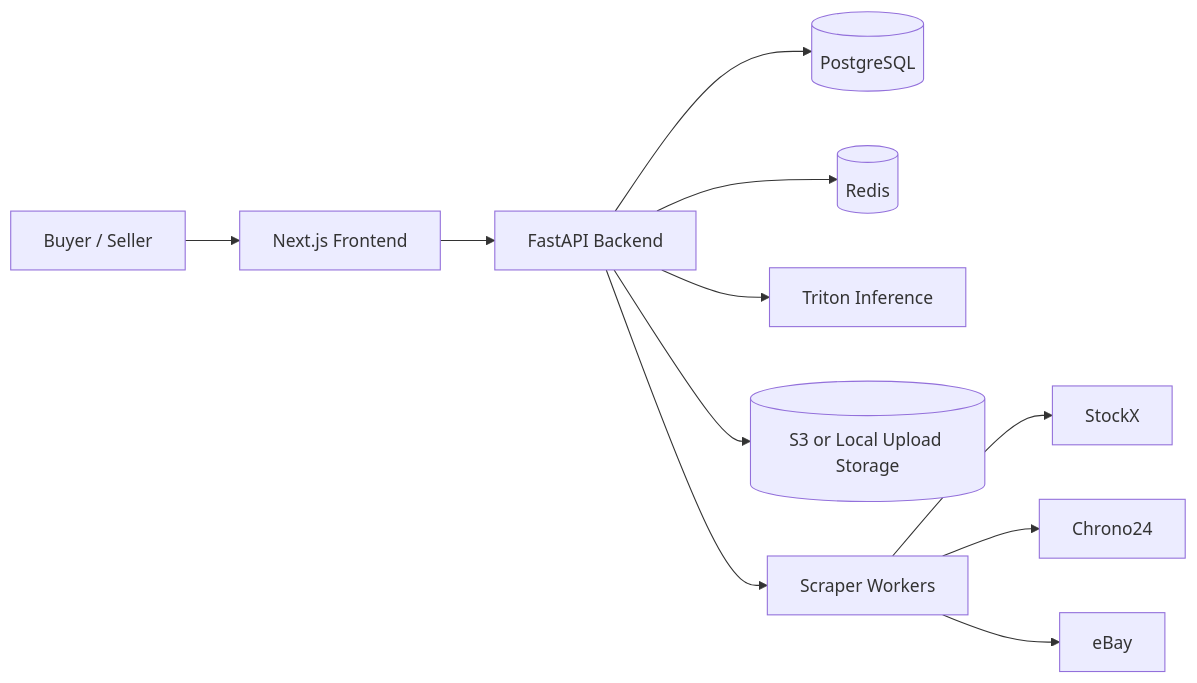
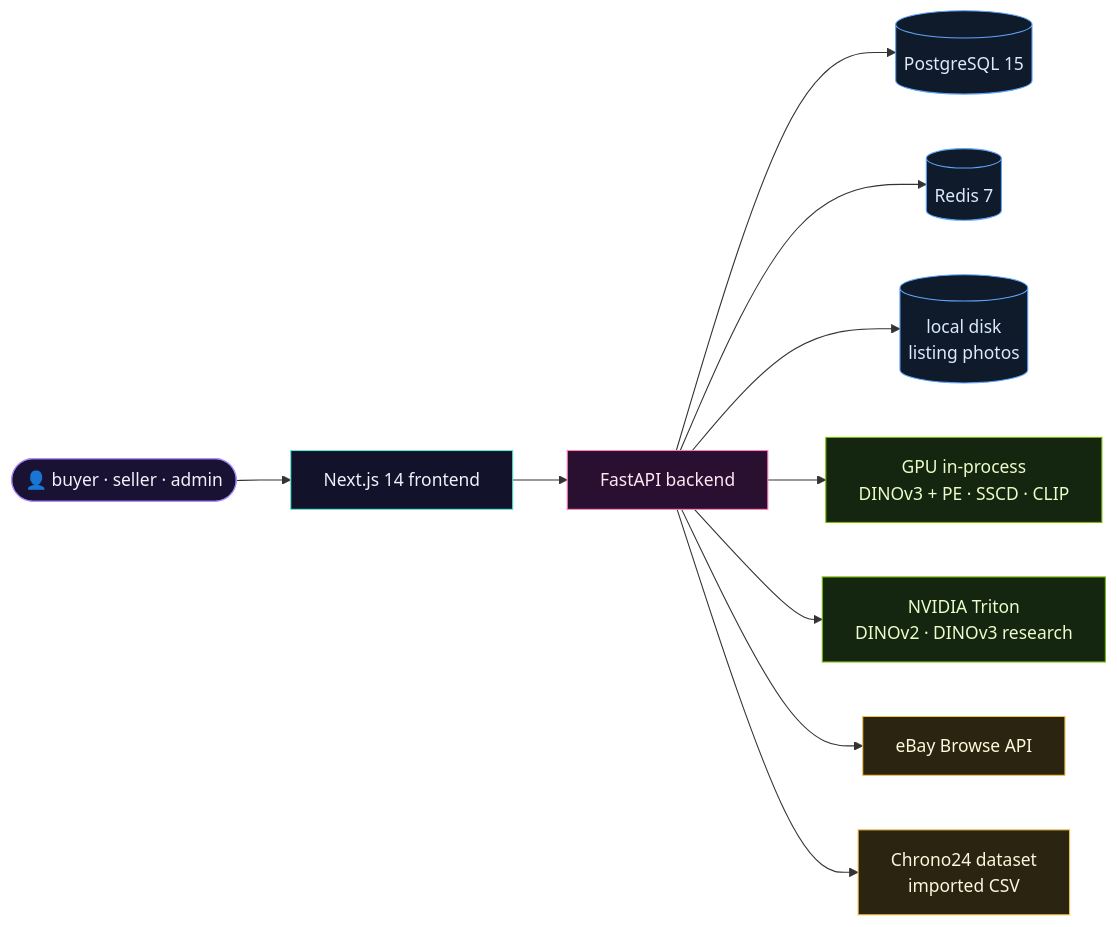
Before and after one commit to TensorTorch777/HypeVault: the second of 2 diagrams in README.md, drawn with Mermaid. The commit also changed other lines of this file and 16 other files, not shown here.

````diff
--- a/README.md
+++ b/README.md
@@ -129,13 +281,18 @@
 ```mermaid
 flowchart LR
-  U[Buyer / Seller] --> F[Next.js Frontend]
-  F --> B[FastAPI Backend]
-  B --> PG[(PostgreSQL)]
-  B --> R[(Redis)]
-  B --> T[Triton Inference]
-  B --> S3[(S3 or Local Upload Storage)]
-  B --> SC[Scraper Workers]
-  SC --> X[StockX]
-  SC --> C[Chrono24]
-  SC --> E[eBay]
+  U([👤 buyer · seller · admin]):::user --> F[Next.js 14 frontend]:::fe
+  F --> B[FastAPI backend]:::be
+  B --> PG[(PostgreSQL 15)]:::db
+  B --> R[(Redis 7)]:::db
+  B --> L[(local disk<br/>listing photos)]:::db
+  B --> G[GPU in-process<br/>DINOv3 + PE · SSCD · CLIP]:::gpu
+  B --> T[NVIDIA Triton<br/>DINOv2 · DINOv3 research]:::gpu
+  B --> E[eBay Browse API]:::ext
+  B --> C[Chrono24 dataset<br/>imported CSV]:::ext
+  classDef user fill:#1A1233,stroke:#A78BFA,color:#F2F0FA
+  classDef fe fill:#12132A,stroke:#5EEAD4,color:#F2F0FA
+  classDef be fill:#2A1030,stroke:#FF7EB6,color:#FFE6F2
+  classDef db fill:#0F1A2A,stroke:#60A5FA,color:#DBEAFE
+  classDef gpu fill:#14260F,stroke:#76B900,color:#ECFCCB
+  classDef ext fill:#2A2410,stroke:#F5C451,color:#FFF6DC
 ```
````
